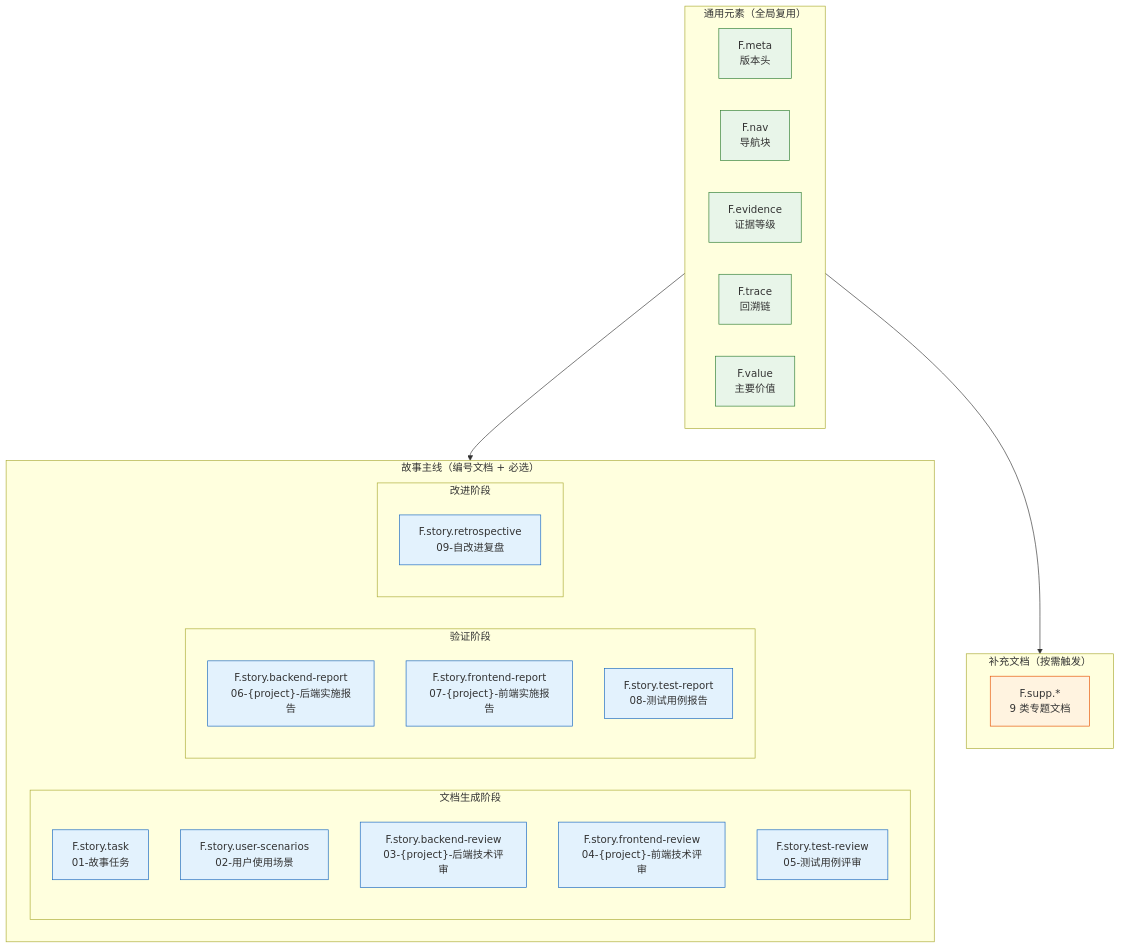
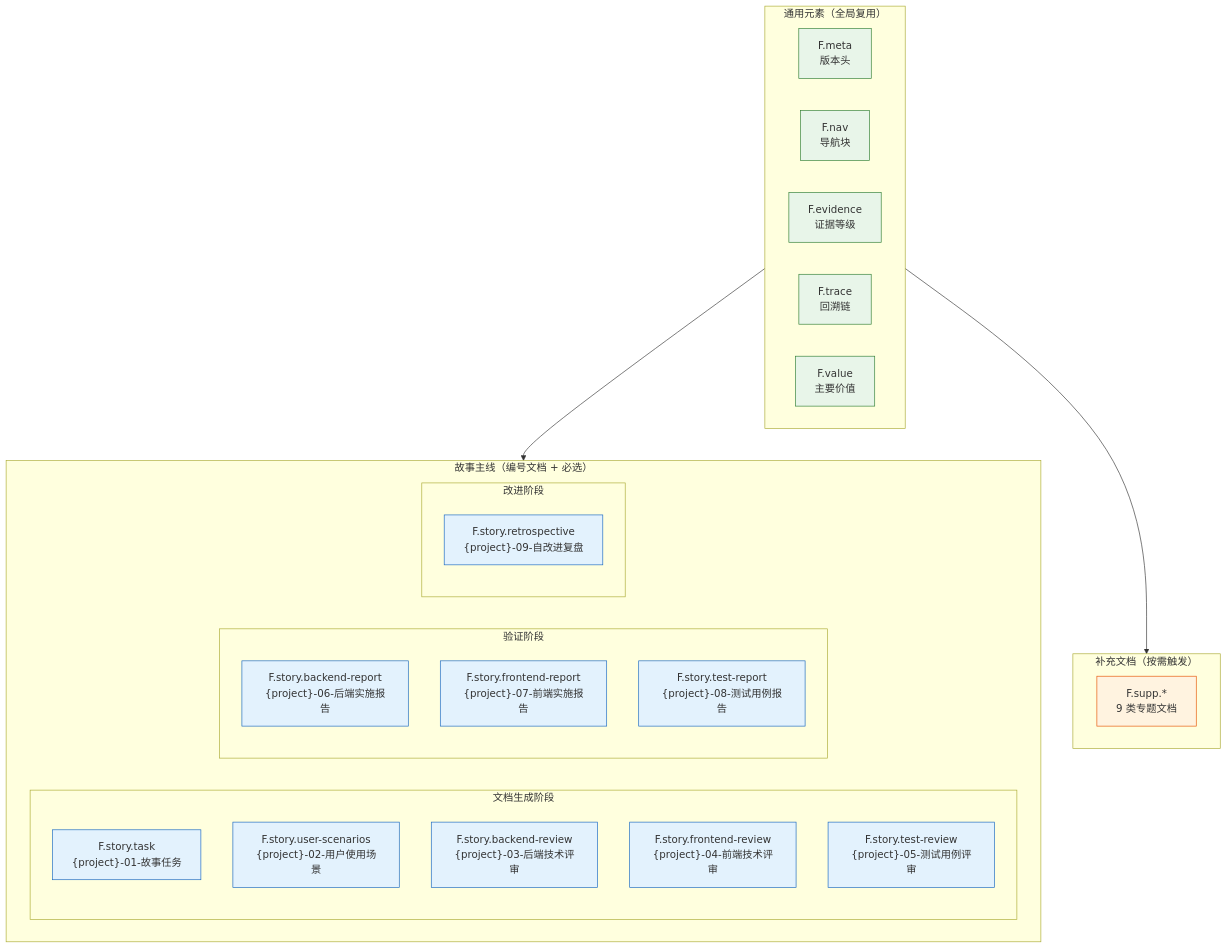
The first of 14 diagrams in skills/rui/formulas.md (effiy/YrY), drawn with Mermaid before and after one commit. The commit also changed other lines of this file and 17 other files, not shown here.

````diff
--- a/skills/rui/formulas.md
+++ b/skills/rui/formulas.md
@@ -5,42 +5,42 @@
 ```mermaid
 flowchart TB
     subgraph 通用["通用元素（全局复用）"]
         F.meta["F.meta<br/>版本头"]
         F.nav["F.nav<br/>导航块"]
         F.evidence["F.evidence<br/>证据等级"]
         F.trace["F.trace<br/>回溯链"]
         F.value["F.value<br/>主要价值"]
     end
 
     subgraph 主线["故事主线（编号文档 + 必选）"]
         subgraph 生成["文档生成阶段"]
-            F01["F.story.task<br/>01-故事任务"]
-            F02["F.story.user-scenarios<br/>02-用户使用场景"]
-            F03["F.story.backend-review<br/>03-{project}-后端技术评审"]
-            F04["F.story.frontend-review<br/>04-{project}-前端技术评审"]
-            F05["F.story.test-review<br/>05-测试用例评审"]
+            F01["F.story.task<br/>{project}-01-故事任务"]
+            F02["F.story.user-scenarios<br/>{project}-02-用户使用场景"]
+            F03["F.story.backend-review<br/>{project}-03-后端技术评审"]
+            F04["F.story.frontend-review<br/>{project}-04-前端技术评审"]
+            F05["F.story.test-review<br/>{project}-05-测试用例评审"]
         end
         subgraph 验证["验证阶段"]
-            F06["F.story.backend-report<br/>06-{project}-后端实施报告"]
-            F07["F.story.frontend-report<br/>07-{project}-前端实施报告"]
-            F08["F.story.test-report<br/>08-测试用例报告"]
+            F06["F.story.backend-report<br/>{project}-06-后端实施报告"]
+            F07["F.story.frontend-report<br/>{project}-07-前端实施报告"]
+            F08["F.story.test-report<br/>{project}-08-测试用例报告"]
         end
         subgraph 改进["改进阶段"]
-            F09["F.story.retrospective<br/>09-自改进复盘"]
+            F09["F.story.retrospective<br/>{project}-09-自改进复盘"]
         end
     end
 
     subgraph 补充["补充文档（按需触发）"]
         FS["F.supp.*<br/>9 类专题文档"]
     end
 
     通用 --> 主线
     通用 --> 补充
 
     classDef gen fill:#e8f5e9,stroke:#2e7d32;
     classDef story fill:#e3f2fd,stroke:#1565c0;
     classDef supp fill:#fff3e0,stroke:#e65100;
     class F.meta,F.nav,F.evidence,F.trace,F.value gen;
     class F01,F02,F03,F04,F05,F06,F07,F08,F09 story;
     class FS supp;
 ```
````
